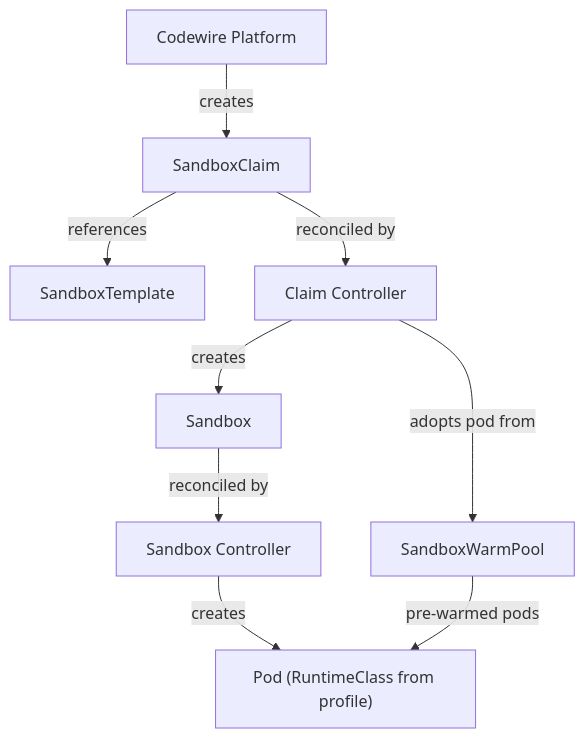
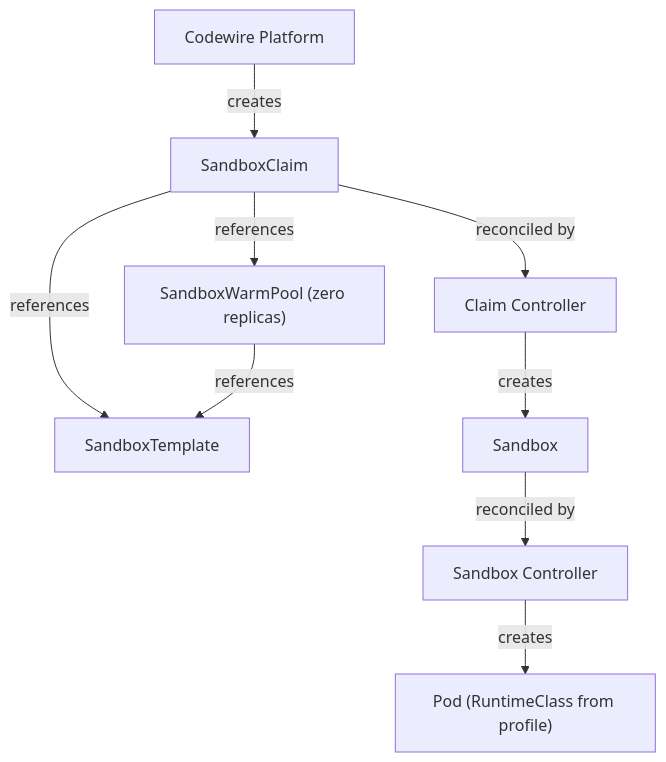
Before and after one commit to codewiresh/codewire: the first of 3 diagrams in docs/ARCHITECTURE.md, drawn with Mermaid. The commit also changed other lines of this file and 21 other files, not shown here.

````diff
--- a/docs/ARCHITECTURE.md
+++ b/docs/ARCHITECTURE.md
@@ -395,20 +391,20 @@
 ```mermaid
 flowchart TD
     Platform["Codewire Platform"]
     Claim["SandboxClaim"]
     Template["SandboxTemplate"]
     Sandbox["Sandbox"]
     ClaimCtrl["Claim Controller"]
     SandboxCtrl["Sandbox Controller"]
     Pod["Pod (RuntimeClass from profile)"]
-    WarmPool["SandboxWarmPool"]
+    ShadowPool["SandboxWarmPool (zero replicas)"]
 
     Platform -->|"creates"| Claim
     Claim -->|"references"| Template
+    Claim -->|"references"| ShadowPool
     Claim -->|"reconciled by"| ClaimCtrl
     ClaimCtrl -->|"creates"| Sandbox
-    ClaimCtrl -->|"adopts pod from"| WarmPool
     Sandbox -->|"reconciled by"| SandboxCtrl
     SandboxCtrl -->|"creates"| Pod
-    WarmPool -->|"pre-warmed pods"| Pod
+    ShadowPool -->|"references"| Template
 ```
````
